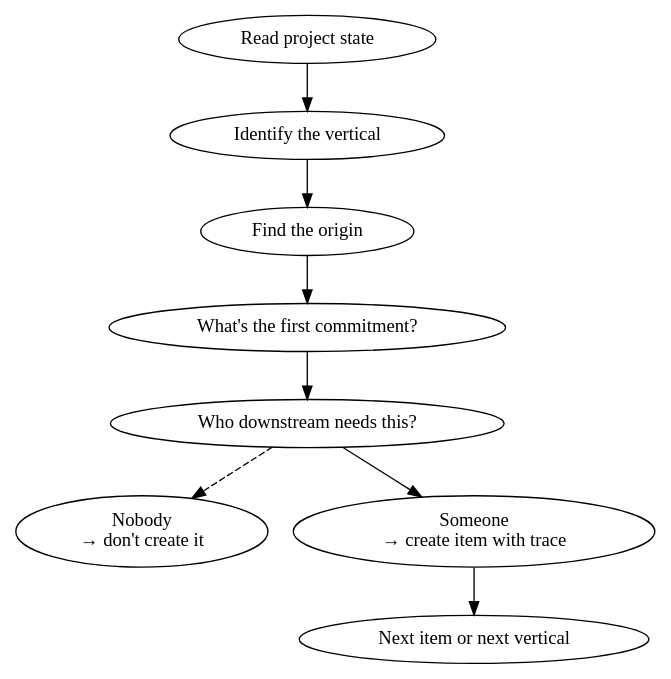
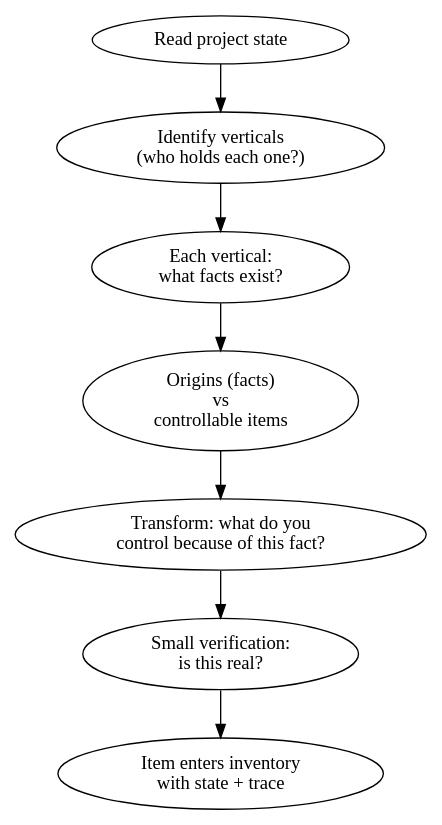
Before and after one commit to tini-works/const: the first of 4 diagrams in companion/skills/const-companion/SKILL.md, drawn with Graphviz. The commit also changed other lines of this file and 2 other files, not shown here.

First line of the commit message:
Remove prescriptive examples from verticals, use natural workflow language

````diff
--- a/companion/skills/const-companion/SKILL.md
+++ b/companion/skills/const-companion/SKILL.md
@@ -46,11 +55,10 @@
 ```dot
-digraph bootstrap {
-  "Read project state" -> "Identify the vertical";
-  "Identify the vertical" -> "Find the origin";
-  "Find the origin" -> "What's the first commitment?";
-  "What's the first commitment?" -> "Who downstream needs this?";
-  "Who downstream needs this?" -> "Nobody\n→ don't create it" [style=dashed];
-  "Who downstream needs this?" -> "Someone\n→ create item with trace";
-  "Someone\n→ create item with trace" -> "Next item or next vertical";
+digraph bootstrap_inward {
+  "Read project state" -> "Identify verticals\n(who holds each one?)";
+  "Identify verticals\n(who holds each one?)" -> "Each vertical:\nwhat facts exist?";
+  "Each vertical:\nwhat facts exist?" -> "Origins (facts)\nvs\ncontrollable items";
+  "Origins (facts)\nvs\ncontrollable items" -> "Transform: what do you\ncontrol because of this fact?";
+  "Transform: what do you\ncontrol because of this fact?" -> "Small verification:\nis this real?";
+  "Small verification:\nis this real?" -> "Item enters inventory\nwith state + trace";
 }
 ```
````
